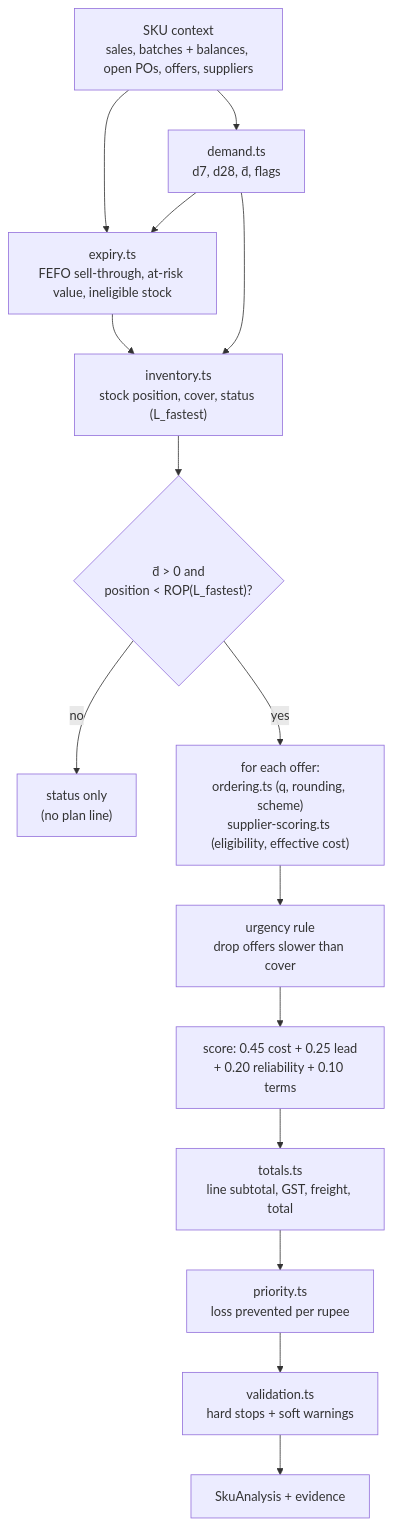
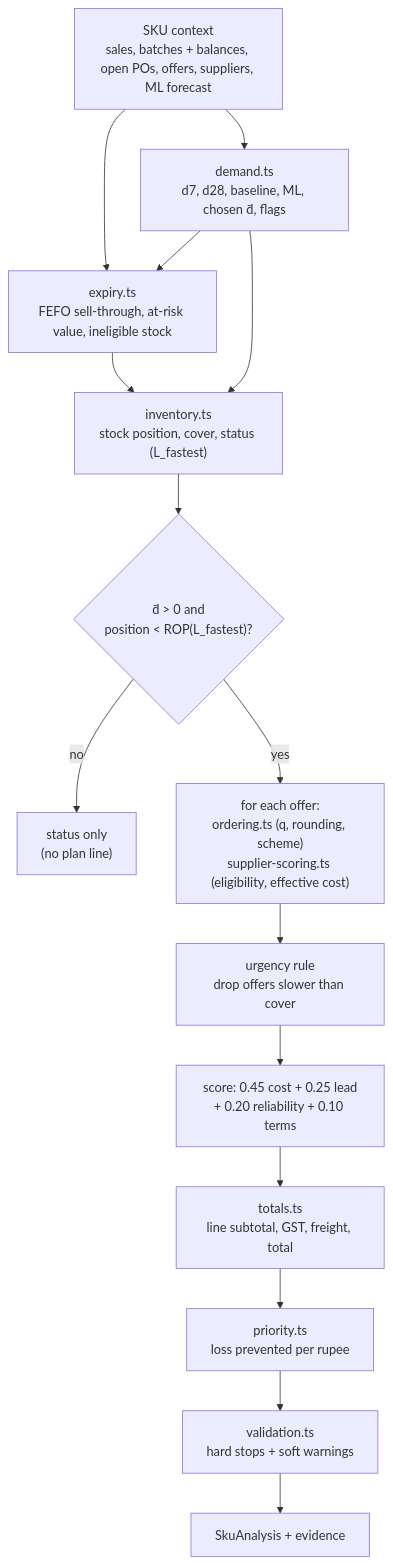
The sixth of 23 diagrams in architecture.md (rushshah973/pharmaos), drawn with Mermaid before and after one commit. The commit also changed other lines of this file and 6 other files, not shown here.

````diff
--- a/architecture.md
+++ b/architecture.md
@@ -252,17 +267,17 @@
 ```mermaid
 flowchart TB
-    ctx["SKU context<br/>sales, batches + balances, open POs, offers, suppliers"] --> dem["demand.ts<br/>d7, d28, d̄, flags"]
+    ctx["SKU context<br/>sales, batches + balances, open POs, offers, suppliers, ML forecast"] --> dem["demand.ts<br/>d7, d28, baseline, ML, chosen d̄, flags"]
     ctx --> exp["expiry.ts<br/>FEFO sell-through, at-risk value, ineligible stock"]
     dem --> exp
     exp --> inv["inventory.ts<br/>stock position, cover, status (L_fastest)"]
     dem --> inv
     inv --> cand{"d̄ > 0 and<br/>position < ROP(L_fastest)?"}
     cand -- no --> notline["status only<br/>(no plan line)"]
     cand -- yes --> per["for each offer:<br/>ordering.ts (q, rounding, scheme)<br/>supplier-scoring.ts (eligibility, effective cost)"]
     per --> urg["urgency rule<br/>drop offers slower than cover"]
     urg --> score["score: 0.45 cost + 0.25 lead<br/>+ 0.20 reliability + 0.10 terms"]
     score --> tot["totals.ts<br/>line subtotal, GST, freight, total"]
     tot --> pri["priority.ts<br/>loss prevented per rupee"]
     pri --> val["validation.ts<br/>hard stops + soft warnings"]
     val --> out["SkuAnalysis + evidence"]
 ```
````
